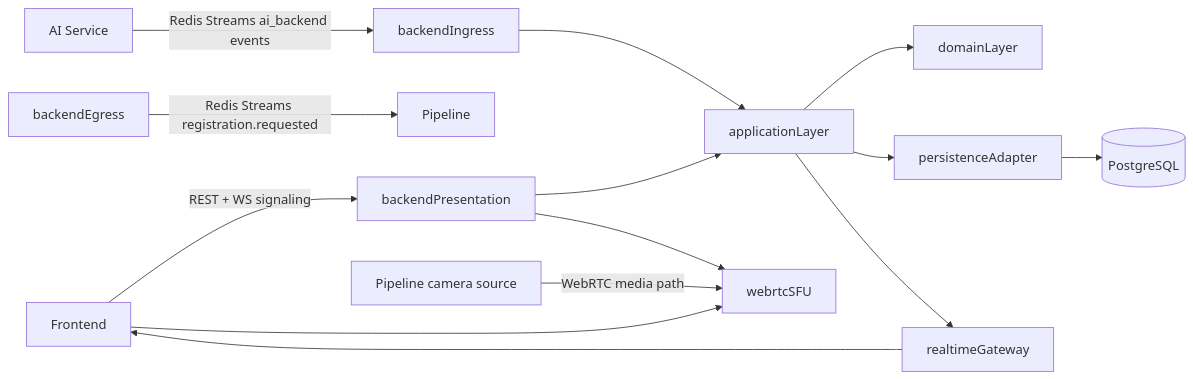
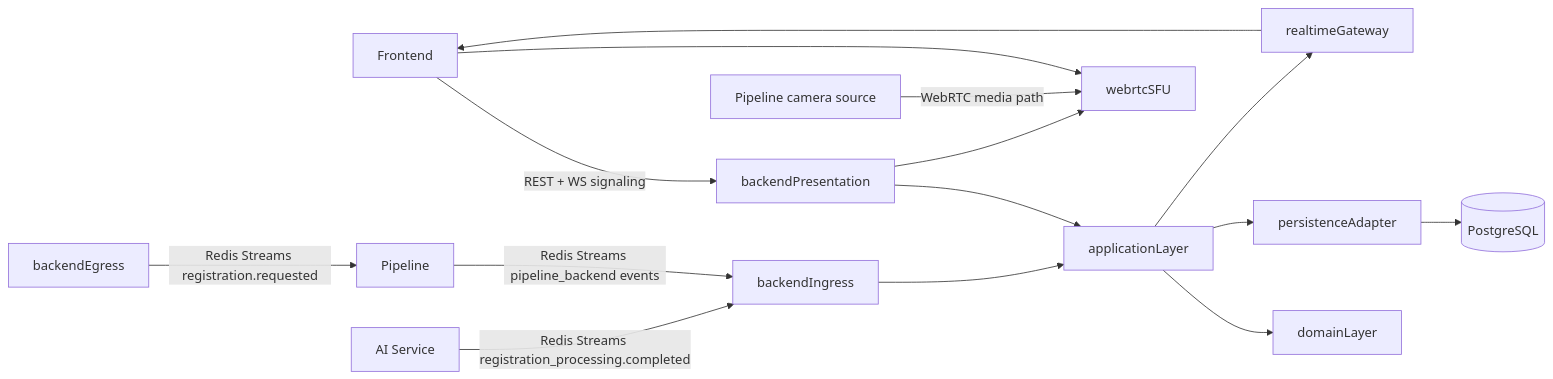
The diagram in docs/backend_clean_architecture_roadmap.md (VanLinh2801/Face-Recognition-for-Attendance), drawn with Mermaid before and after one commit. The commit also changed other lines of this file and 160 other files, not shown here.

````diff
--- a/docs/backend_clean_architecture_roadmap.md
+++ b/docs/backend_clean_architecture_roadmap.md
@@ -17,16 +17,17 @@
 ```mermaid
 flowchart LR
   frontend[Frontend] -->|REST + WS signaling| backendPresentation
-  aiService[AI Service] -->|Redis Streams ai_backend events| backendIngress
+  pipeline[Pipeline] -->|Redis Streams pipeline_backend events| backendIngress
+  aiService[AI Service] -->|Redis Streams registration_processing.completed| backendIngress
   backendEgress -->|Redis Streams registration.requested| pipeline[Pipeline]
   backendPresentation --> applicationLayer
   backendIngress --> applicationLayer
   applicationLayer --> domainLayer
   applicationLayer --> persistenceAdapter
   applicationLayer --> realtimeGateway
   persistenceAdapter --> postgres[(PostgreSQL)]
   realtimeGateway --> frontend
   videoIngest[Pipeline camera source] -->|WebRTC media path| webrtcSFU
   backendPresentation --> webrtcSFU
   frontend --> webrtcSFU
 ```
````
